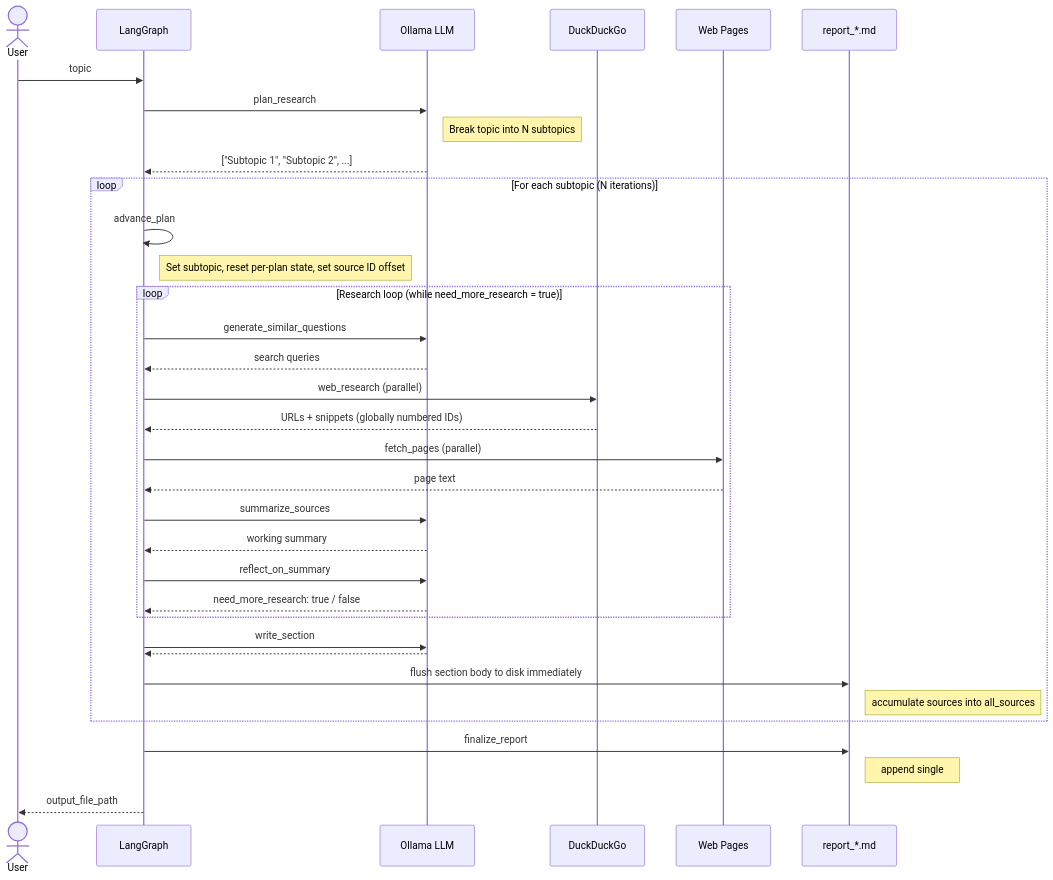
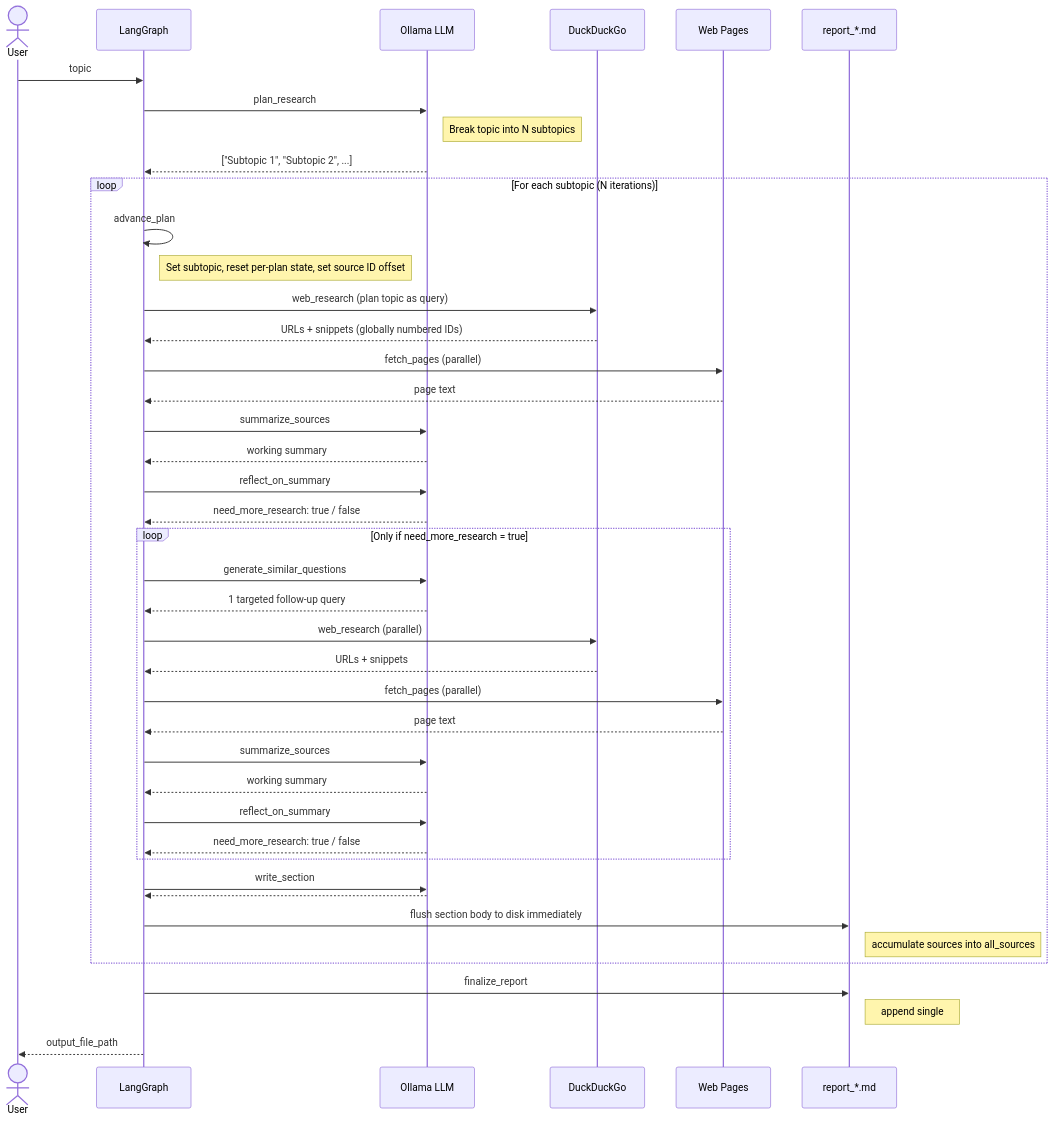
The diagram in README_EN.md (jdd-jaba/deep_research), drawn with Mermaid before and after one commit. The commit also changed other lines of this file and 4 other files, not shown here.

````diff
--- a/README_EN.md
+++ b/README_EN.md
@@ -13,48 +13,60 @@
 ```mermaid
 sequenceDiagram
     actor User
     participant Graph as LangGraph
     participant LLM as Ollama LLM
     participant DDG as DuckDuckGo
     participant Web as Web Pages
     participant File as report_*.md
 
     User->>Graph: topic
 
     Graph->>LLM: plan_research
     Note right of LLM: Break topic into N subtopics
     LLM-->>Graph: ["Subtopic 1", "Subtopic 2", ...]
 
     loop For each subtopic (N iterations)
         Graph->>Graph: advance_plan
         Note right of Graph: Set subtopic, reset per-plan state, set source ID offset
 
-        loop Research loop (while need_more_research = true)
+        Graph->>DDG: web_research (plan topic as query)
+        DDG-->>Graph: URLs + snippets (globally numbered IDs)
+
+        Graph->>Web: fetch_pages (parallel)
+        Web-->>Graph: page text
+
+        Graph->>LLM: summarize_sources
+        LLM-->>Graph: working summary
+
+        Graph->>LLM: reflect_on_summary
+        LLM-->>Graph: need_more_research: true / false
+
+        loop Only if need_more_research = true
             Graph->>LLM: generate_similar_questions
-            LLM-->>Graph: search queries
+            LLM-->>Graph: 1 targeted follow-up query
 
             Graph->>DDG: web_research (parallel)
-            DDG-->>Graph: URLs + snippets (globally numbered IDs)
+            DDG-->>Graph: URLs + snippets
 
             Graph->>Web: fetch_pages (parallel)
             Web-->>Graph: page text
 
             Graph->>LLM: summarize_sources
             LLM-->>Graph: working summary
 
             Graph->>LLM: reflect_on_summary
             LLM-->>Graph: need_more_research: true / false
         end
 
         Graph->>LLM: write_section
         LLM-->>Graph: ## Subtopic body (no references)
 
         Graph->>File: flush section body to disk immediately
         Note right of File: accumulate sources into all_sources
     end
 
     Graph->>File: finalize_report
     Note right of File: append single ## References block at the end
 
     Graph-->>User: output_file_path
 ```
````
